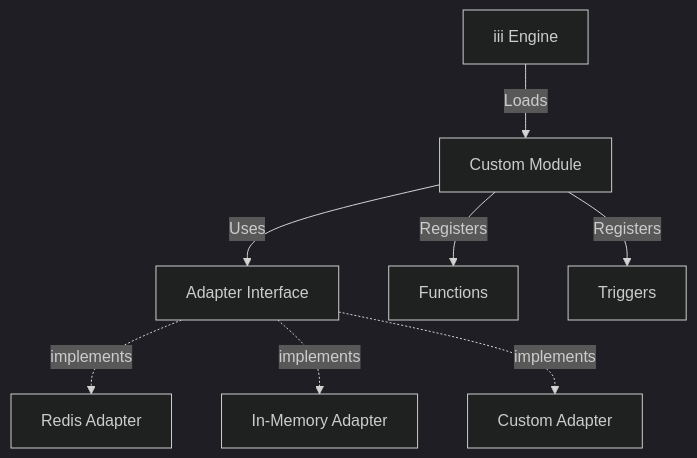
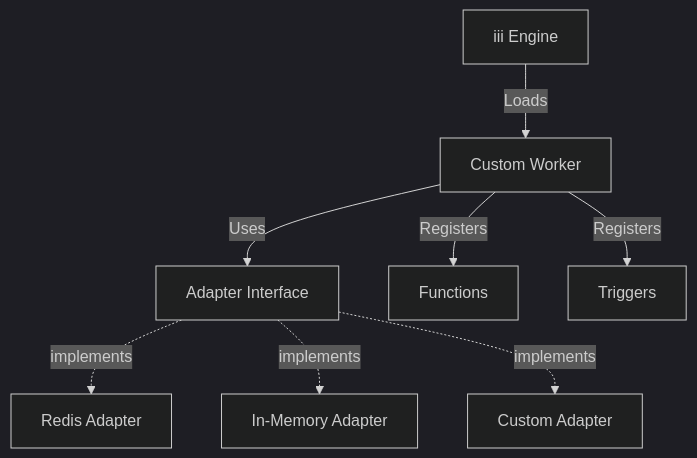
One commit to iii-hq/iii changed the first of 3 diagrams in docs/advanced/custom-modules.mdx. Above: the diagram before and after it, drawn with Mermaid (dark theme). The commit also changed other lines of this file and 254 other files, not shown here.

````diff
--- a/docs/advanced/custom-modules.mdx
+++ b/docs/advanced/custom-modules.mdx
@@ -14,11 +14,11 @@
 ```mermaid
 graph TD
-    Engine[iii Engine] -->|Loads| Module[Custom Module]
-    Module -->|Uses| Adapter[Adapter Interface]
+    Engine[iii Engine] -->|Loads| Worker[Custom Worker]
+    Worker -->|Uses| Adapter[Adapter Interface]
     Adapter -.->|implements| Redis[Redis Adapter]
     Adapter -.->|implements| Memory[In-Memory Adapter]
     Adapter -.->|implements| Custom[Custom Adapter]
 
-    Module -->|Registers| Functions[Functions]
-    Module -->|Registers| Triggers[Triggers]
+    Worker -->|Registers| Functions[Functions]
+    Worker -->|Registers| Triggers[Triggers]
 ```
````
